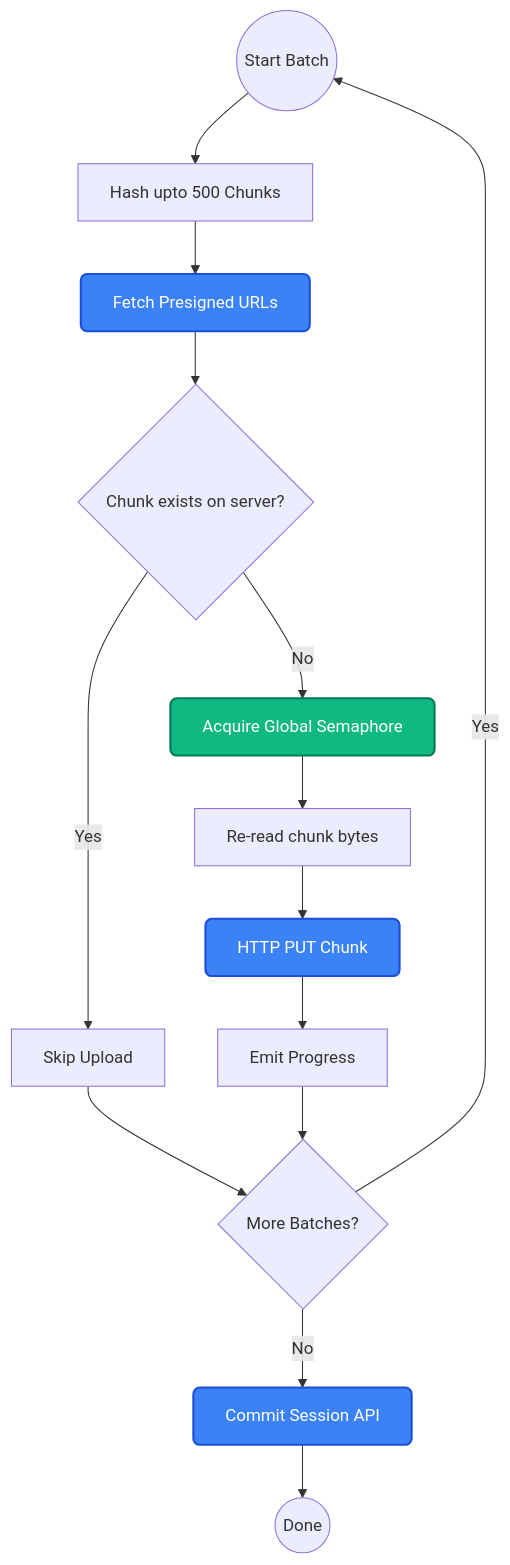
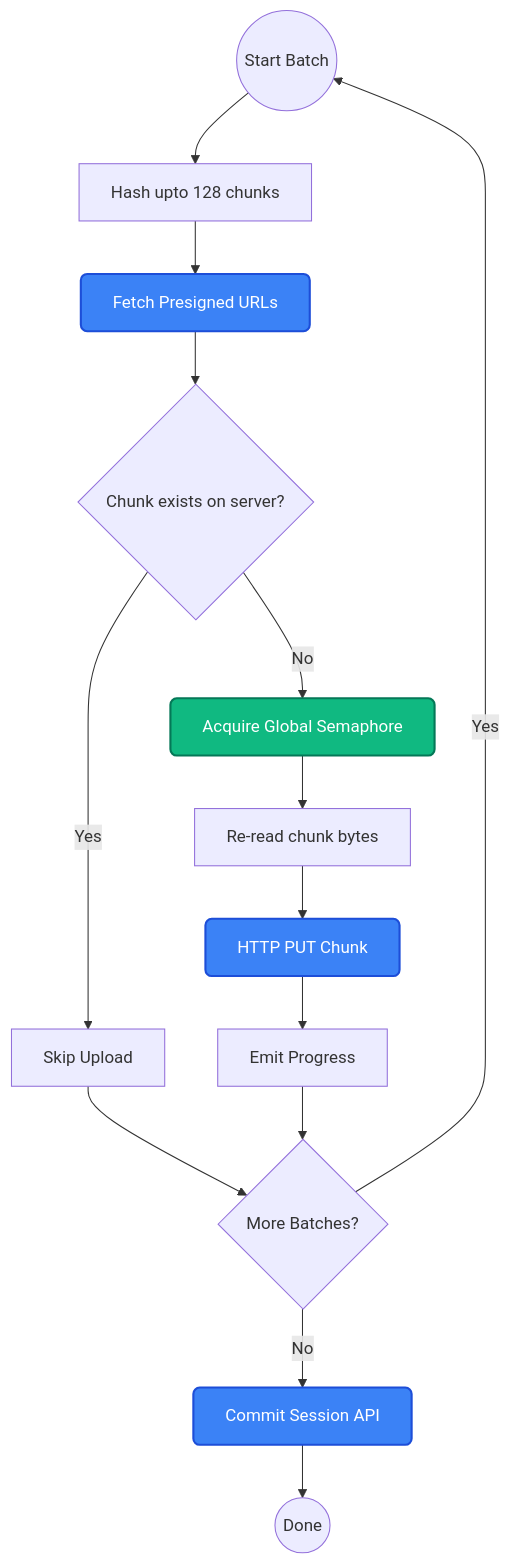
The diagram in docs/content/docs/sdk/internal-design/net/processing-uploads.mdx (platrium-app/platrium), drawn with Mermaid before and after one commit. The commit also changed other lines of this file, not shown here.

````diff
--- a/docs/content/docs/sdk/internal-design/net/processing-uploads.mdx
+++ b/docs/content/docs/sdk/internal-design/net/processing-uploads.mdx
@@ -19,26 +19,26 @@
 ```mermaid
 flowchart TD
     classDef api fill:#3b82f6,stroke:#1d4ed8,stroke-width:2px,color:#fff,rx:6px,ry:6px;
     classDef highlight fill:#10b981,stroke:#047857,stroke-width:2px,color:#fff,rx:6px,ry:6px;
 
     Start((Start Batch))
     
-    Start --> Scan[Hash upto 500 Chunks]
+    Start --> Scan[Hash upto 128 chunks]
     Scan --> API[Fetch Presigned URLs]:::api
     
     API --> Split{Chunk exists on server?}
     
     Split -->|Yes| Skip[Skip Upload]
     Split -->|No| Acquire[Acquire Global Semaphore]:::highlight
     
     Acquire --> Read[Re-read chunk bytes]
     Read --> Upload[HTTP PUT Chunk]:::api
     Upload --> Progress[Emit Progress]
     
     Skip --> LoopCheck[Chunks Left?]
     Progress --> LoopCheck{More Batches?}
     
     LoopCheck -->|Yes| Start
     LoopCheck -->|No| Commit[Commit Session API]:::api
     Commit --> Done((Done))
 ```
````
